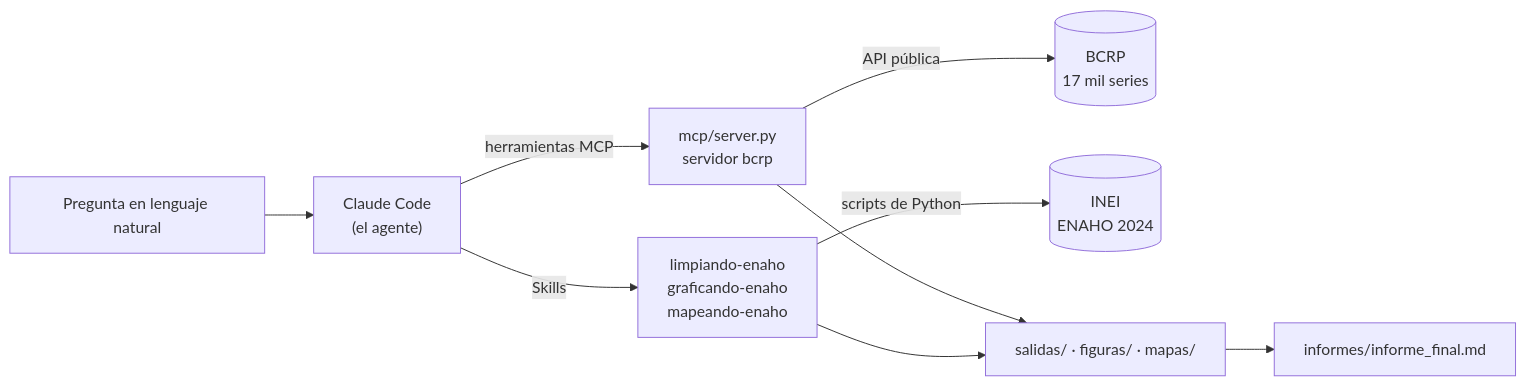
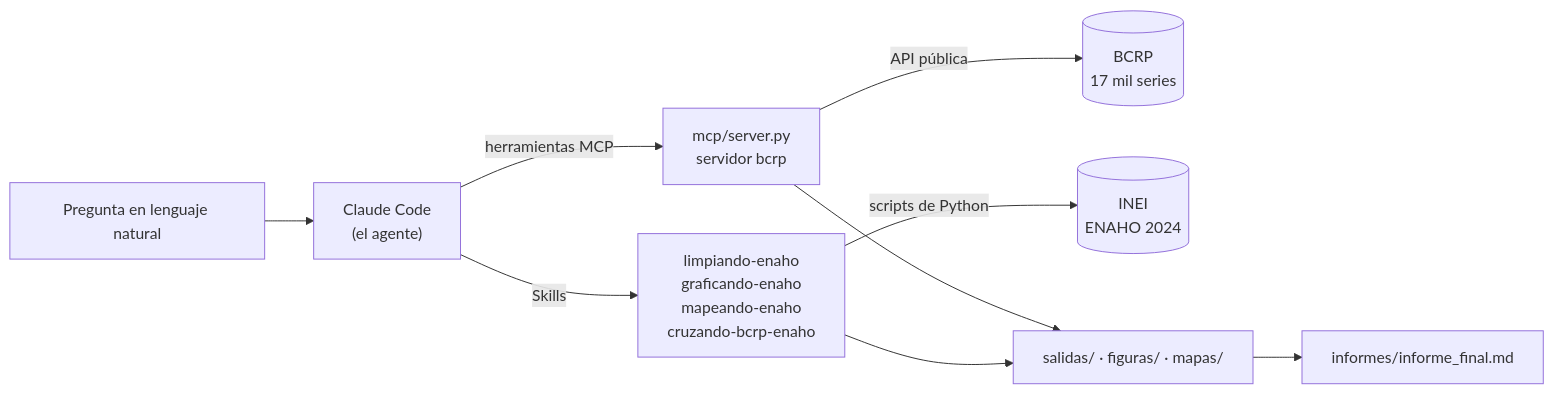
One commit to Cris92W/Tarea_4 changed the diagram in README.md. Above: the diagram before and after it, drawn with Mermaid. The commit also changed other lines of this file and 26 other files, not shown here.

````diff
--- a/README.md
+++ b/README.md
@@ -20,11 +20,11 @@
 ```mermaid
 flowchart LR
     P["Pregunta en lenguaje natural"] --> C["Claude Code<br/>(el agente)"]
     C -- "herramientas MCP" --> M["mcp/server.py<br/>servidor bcrp"]
     M -- "API pública" --> B[("BCRP<br/>17 mil series")]
-    C -- "Skills" --> S["limpiando-enaho<br/>graficando-enaho<br/>mapeando-enaho"]
+    C -- "Skills" --> S["limpiando-enaho<br/>graficando-enaho<br/>mapeando-enaho<br/>cruzando-bcrp-enaho"]
     S -- "scripts de Python" --> E[("INEI<br/>ENAHO 2024")]
     M --> O["salidas/ · figuras/ · mapas/"]
     S --> O
     O --> I["informes/informe_final.md"]
 ```
````
